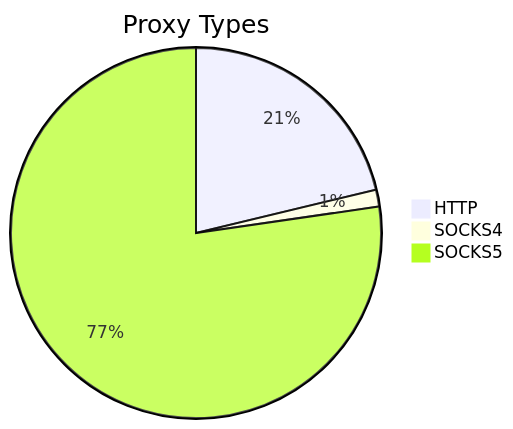
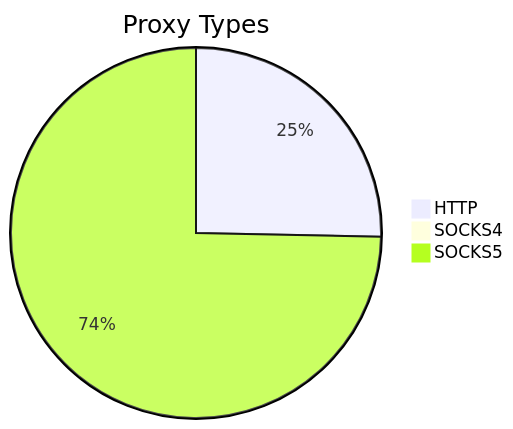
One commit to stormsia/proxy-list changed the first of 2 diagrams in README.md. Above: the diagram before and after it, drawn with Mermaid. The commit also changed other lines of this file, not shown here.

````diff
--- a/README.md
+++ b/README.md
@@ -21,6 +21,6 @@
 ```mermaid
 pie title Proxy Types
-    "HTTP" : 664
-    "SOCKS4" : 46
-    "SOCKS5" : 2416
+    "HTTP" : 1014
+    "SOCKS4" : 29
+    "SOCKS5" : 2992
 ```
````
